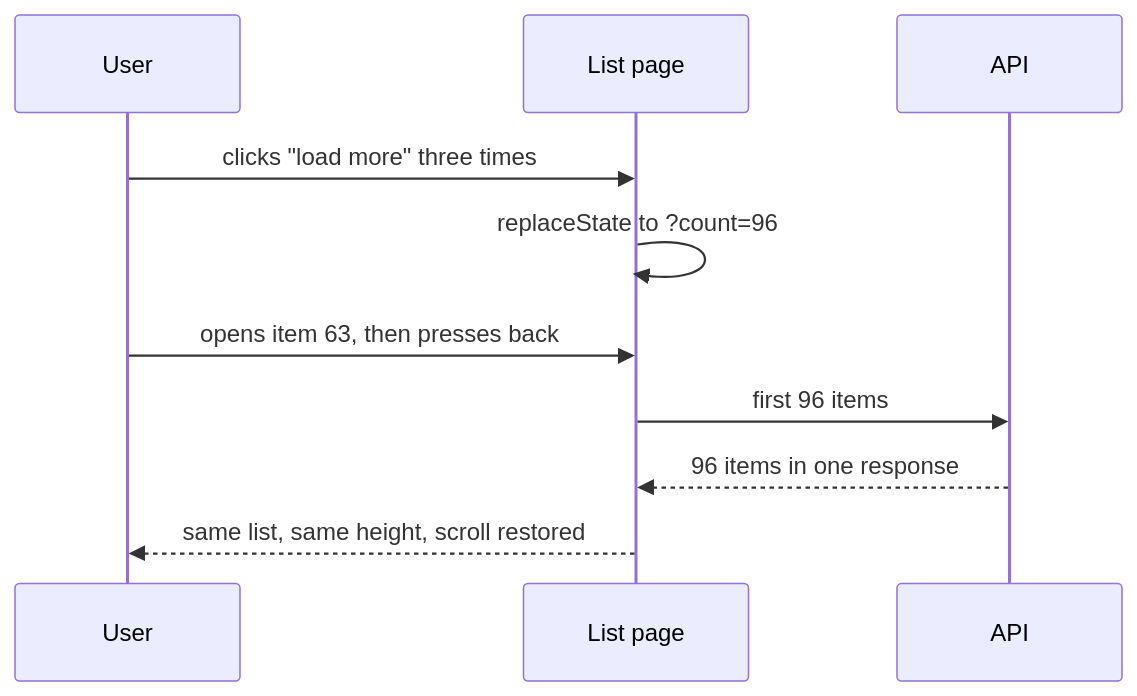
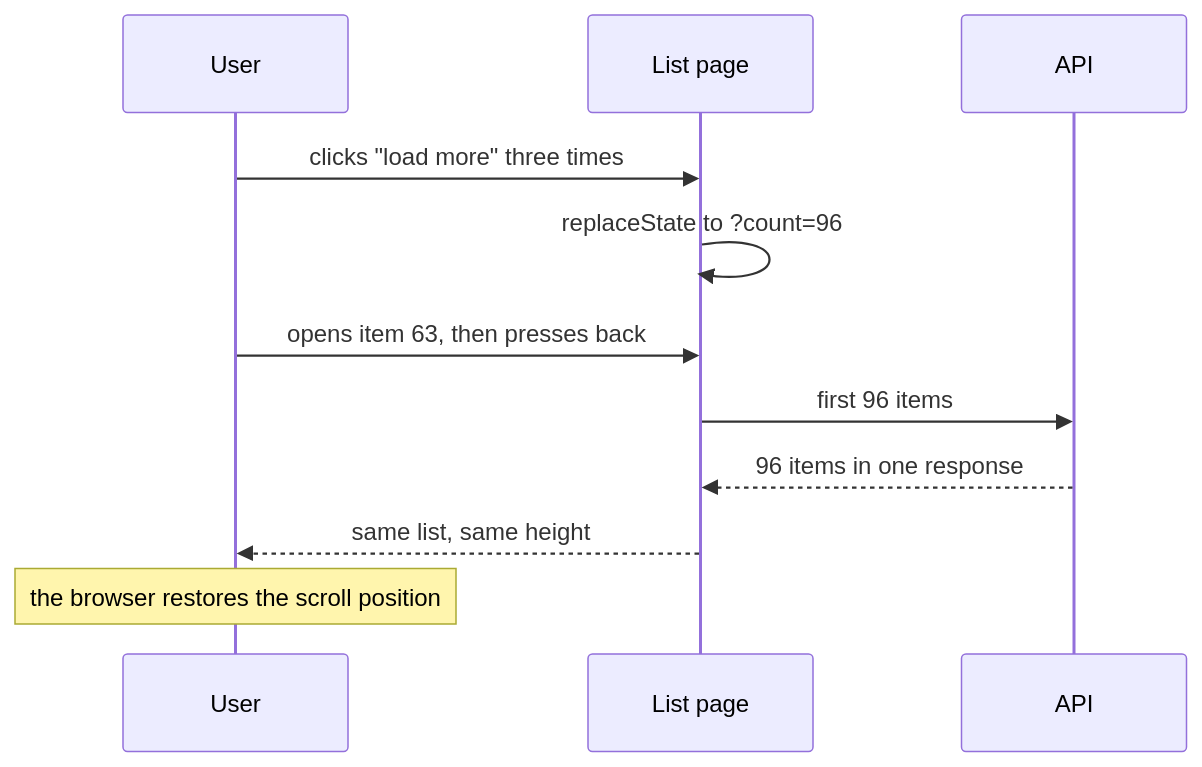
Before and after one commit to christiansany/cas-fee-26-frontend-challenges: the sixth of 6 diagrams in topics/lists-and-pagination/README.md, drawn with Mermaid. The commit also changed other lines of this file and 3 other files, not shown here.

````diff
--- a/topics/lists-and-pagination/README.md
+++ b/topics/lists-and-pagination/README.md
@@ -240,12 +261,13 @@
 ```mermaid
 sequenceDiagram
   participant U as User
   participant P as List page
   participant A as API
   U->>P: clicks "load more" three times
   P->>P: replaceState to ?count=96
   U->>P: opens item 63, then presses back
   P->>A: first 96 items
   A-->>P: 96 items in one response
-  P-->>U: same list, same height, scroll restored
+  P-->>U: same list, same height
+  Note over U: the browser restores the scroll position
 ```
````
